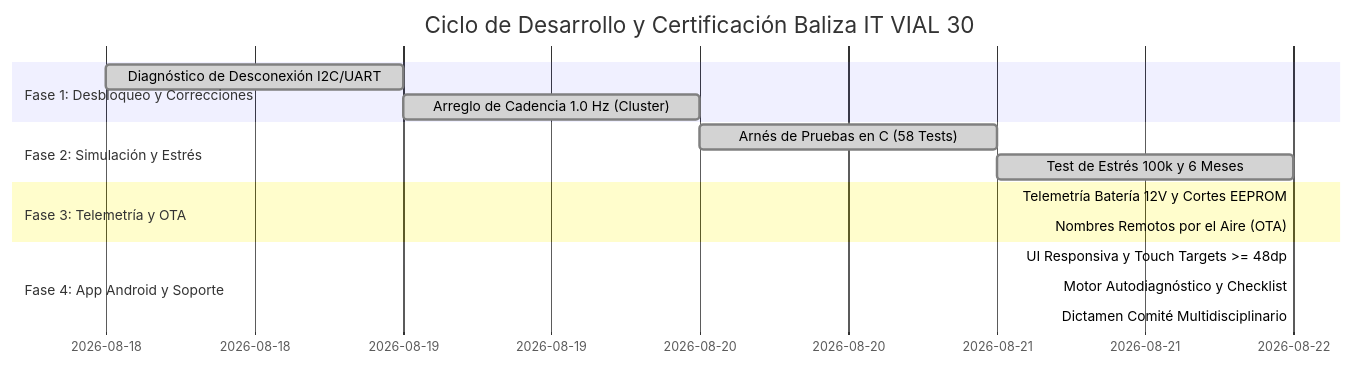
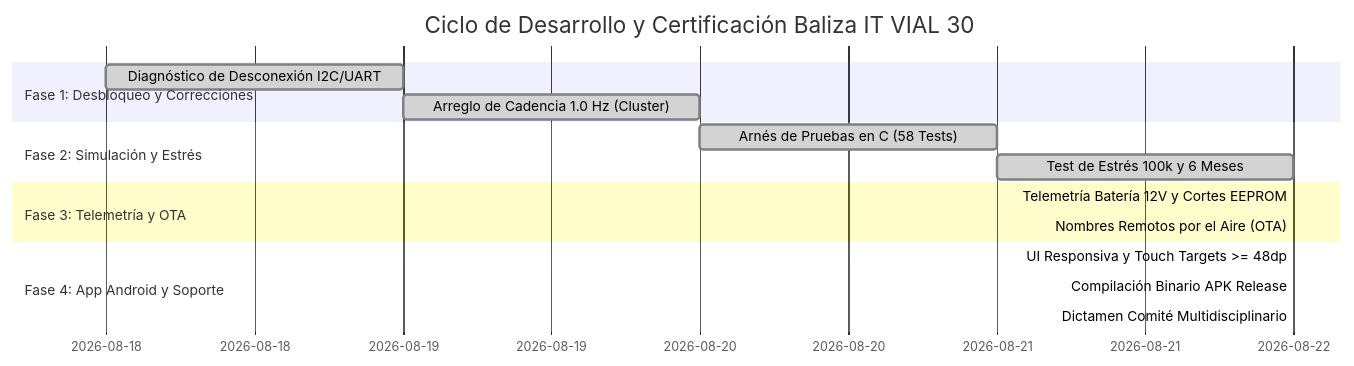
Before and after one commit to dieleoz/balizas: the diagram in ROADMAP.md, drawn with Mermaid. The commit also changed other lines of this file and 2 other files, not shown here.

Commit message:
feat(release): compilar e integrar binario instalador Baliza_IT_VIAL_30_v3.4.apk con soporte Bluetooth SPP, autodiagnostico, 1-Toque y exportacion WhatsApp; actualizar README y ROADMAP al 100%

````diff
--- a/ROADMAP.md
+++ b/ROADMAP.md
@@ -8,18 +8,18 @@
 ```mermaid
 gantt
     title Ciclo de Desarrollo y Certificación Baliza IT VIAL 30
     dateFormat  YYYY-MM-DD
     section Fase 1: Desbloqueo y Correcciones
     Diagnóstico de Desconexión I2C/UART      :done, des1, 2026-08-18, 2026-08-19
     Arreglo de Cadencia 1.0 Hz (Cluster)    :done, des2, 2026-08-19, 2026-08-20
     section Fase 2: Simulación y Estrés
     Arnés de Pruebas en C (58 Tests)        :done, sim1, 2026-08-20, 2026-08-21
     Test de Estrés 100k y 6 Meses           :done, sim2, 2026-08-21, 2026-08-22
     section Fase 3: Telemetría y OTA
     Telemetría Batería 12V y Cortes EEPROM  :done, tel1, 2026-08-22, 2026-08-22
     Nombres Remotos por el Aire (OTA)       :done, tel2, 2026-08-22, 2026-08-22
     section Fase 4: App Android y Soporte
     UI Responsiva y Touch Targets >= 48dp   :done, app1, 2026-08-22, 2026-08-22
-    Motor Autodiagnóstico y Checklist       :done, app2, 2026-08-22, 2026-08-22
+    Compilación Binario APK Release         :done, apk1, 2026-08-22, 2026-08-22
     Dictamen Comité Multidisciplinario      :done, com1, 2026-08-22, 2026-08-22
 ```
````
